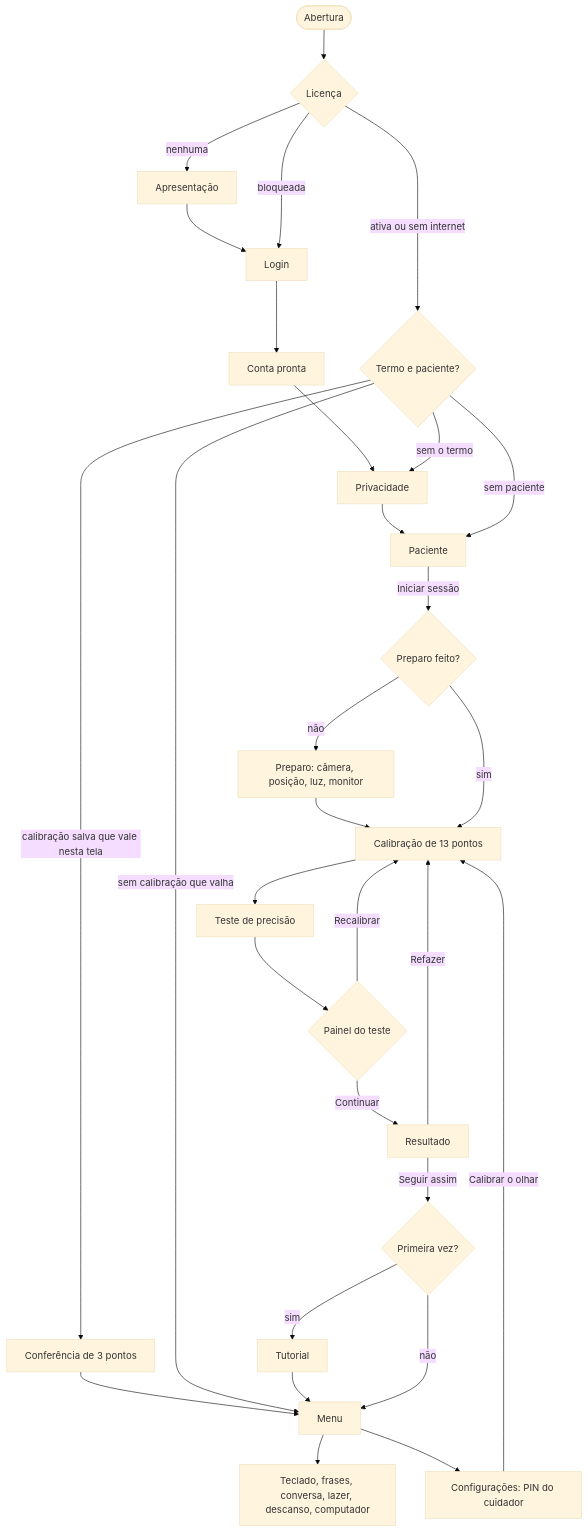
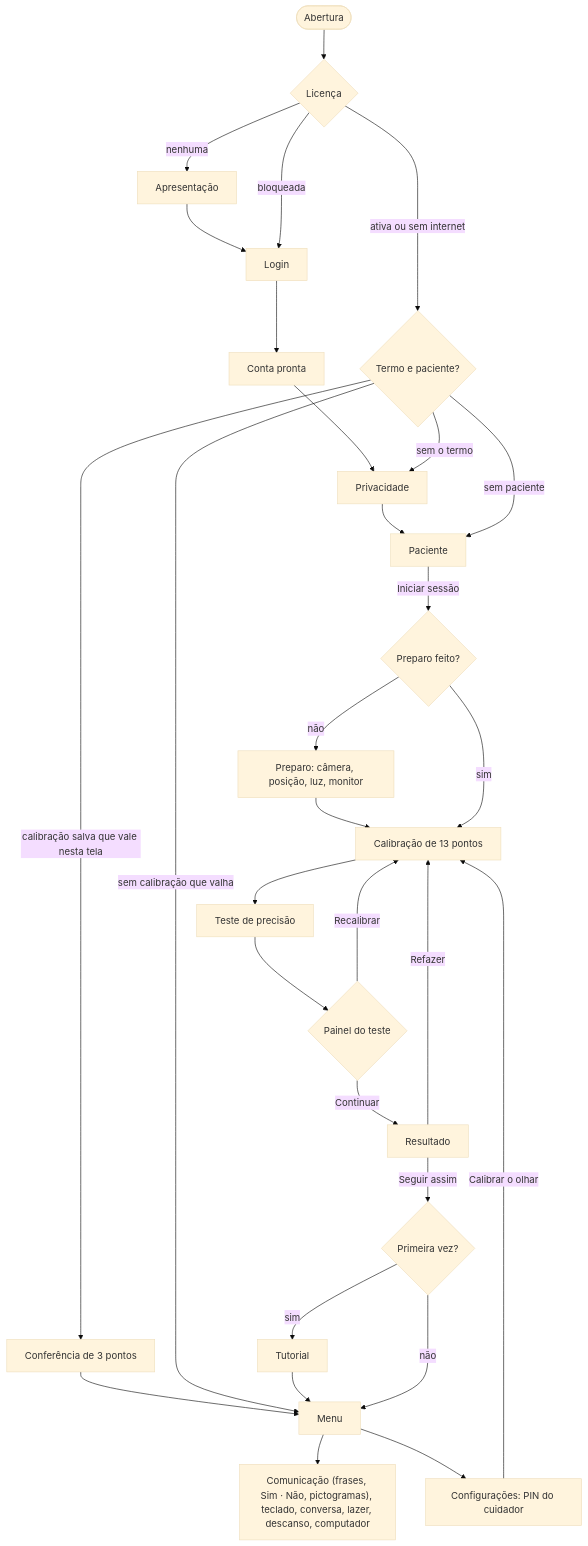
One commit to ZambePy/Communicator-V3 changed the diagram in README.md. Above: the diagram before and after it, drawn with Mermaid (base theme). The commit also changed other lines of this file and 841 other files, not shown here.

````diff
--- a/README.md
+++ b/README.md
@@ -956,25 +1143,25 @@
 ```mermaid
 flowchart TD
   A([Abertura]) --> L{Licença}
   L -- nenhuma --> I[Apresentação] --> LG[Login]
   L -- bloqueada --> LG
   LG --> AT[Conta pronta] --> T[Privacidade] --> P[Paciente]
   L -- ativa ou sem internet --> Q{Termo e paciente?}
   Q -- sem o termo --> T
   Q -- sem paciente --> P
   Q -- "calibração salva que vale nesta tela" --> R[Conferência de 3 pontos] --> M[Menu]
   Q -- "sem calibração que valha" --> M
   P -- Iniciar sessão --> G{Preparo feito?}
   G -- não --> S[Preparo: câmera, posição, luz, monitor] --> C
   G -- sim --> C[Calibração de 13 pontos]
   C --> TP[Teste de precisão] --> D{Painel do teste}
   D -- Recalibrar --> C
   D -- Continuar --> RE[Resultado]
   RE -- Refazer --> C
   RE -- Seguir assim --> F{Primeira vez?}
   F -- sim --> TU[Tutorial] --> M
   F -- não --> M
-  M --> K[Teclado, frases, conversa, lazer, descanso, computador]
+  M --> K["Comunicação (frases, Sim · Não, pictogramas), teclado, conversa, lazer, descanso, computador"]
   M --> CF[Configurações: PIN do cuidador]
   CF -- Calibrar o olhar --> C
 ```
````
